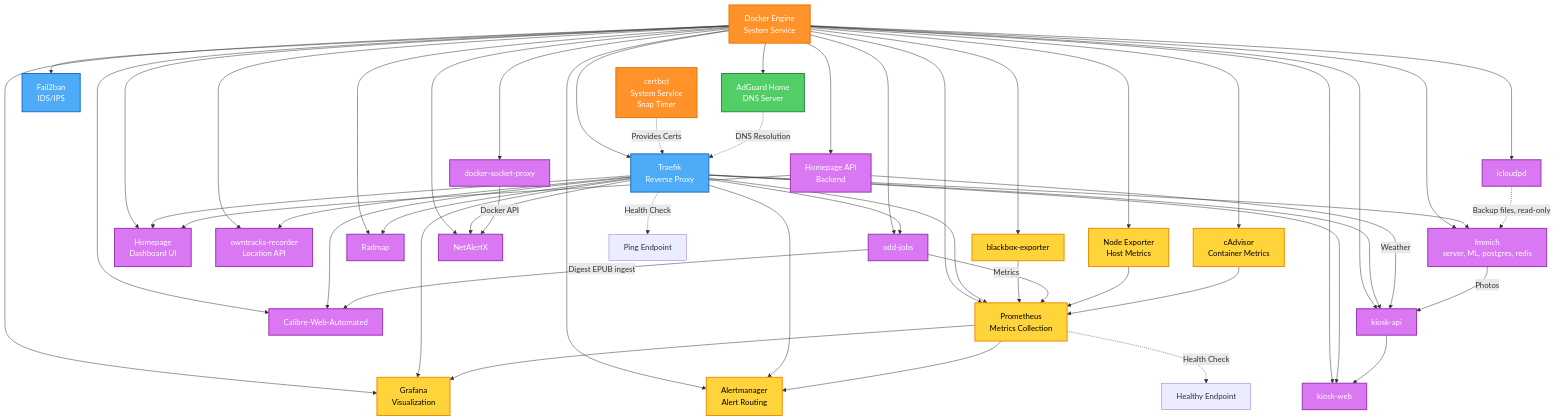
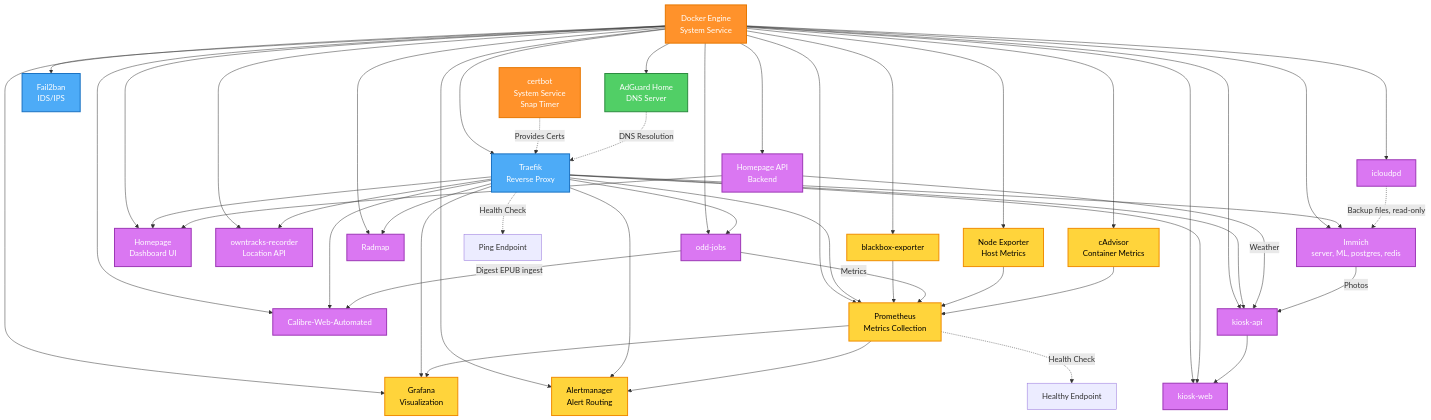
Before and after one commit to josephradford/home-server-stack: the third of 5 diagrams in ARCHITECTURE.md, drawn with Mermaid. The commit also changed other lines of this file and 9 other files, not shown here.

First line of the commit message:
chore: remove NetAlertX and docker-socket-proxy (#249)

````diff
--- a/ARCHITECTURE.md
+++ b/ARCHITECTURE.md
@@ -386,8 +374,6 @@
     KioskWeb["kiosk-web"]
     Radmap["Radmap"]
     OddJobs["odd-jobs"]
-    NetAlertX["NetAlertX"]
-    SockProxy["docker-socket-proxy"]
     Blackbox["blackbox-exporter"]
     %% Dependencies
     Docker --> Traefik
@@ -408,8 +394,6 @@
     Docker --> KioskWeb
     Docker --> Radmap
     Docker --> OddJobs
-    Docker --> NetAlertX
-    Docker --> SockProxy
     Docker --> Blackbox
 
     Traefik --> Grafana
@@ -423,14 +407,12 @@
     Traefik --> KioskAPI
     Traefik --> Radmap
     Traefik --> OddJobs
-    Traefik --> NetAlertX
 
     Icloudpd -.->|Backup files, read-only| Immich
     OddJobs -->|Digest EPUB ingest| CWA
     HomepageAPI -->|Weather| KioskAPI
     Immich -->|Photos| KioskAPI
     KioskAPI --> KioskWeb
-    SockProxy -->|Docker API| NetAlertX
     Blackbox --> Prometheus
     OddJobs -->|Metrics| Prometheus
 
@@ -458,5 +440,5 @@
     class Traefik,Fail2ban network
     class AdGuard core
     class Prometheus,NodeExporter,CAdvisor,Grafana,Alertmanager,Blackbox monitoring
-    class HomepageAPI,Homepage,OwnTracks,Icloudpd,Immich,CWA,KioskAPI,KioskWeb,Radmap,OddJobs,NetAlertX,SockProxy dashboard
+    class HomepageAPI,Homepage,OwnTracks,Icloudpd,Immich,CWA,KioskAPI,KioskWeb,Radmap,OddJobs dashboard
 ```
````
